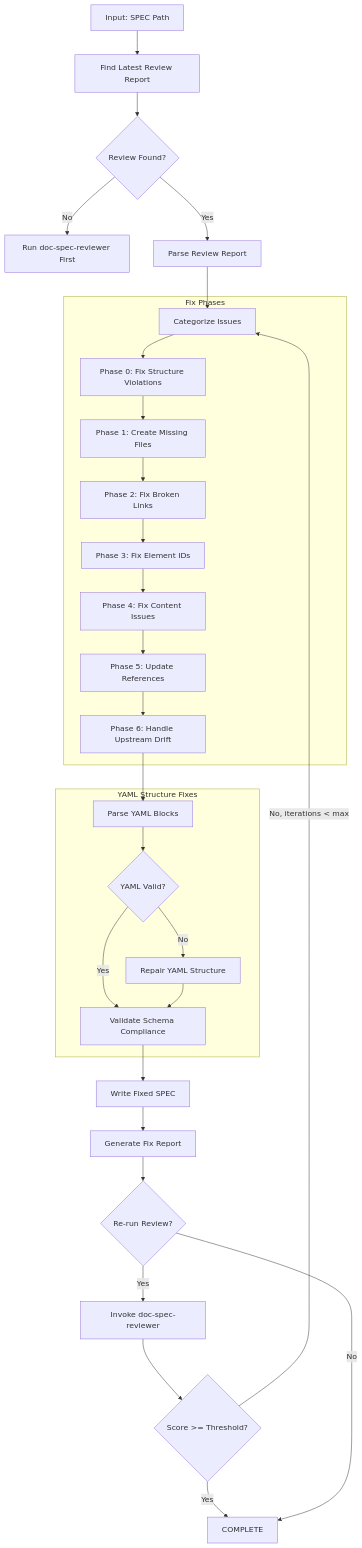
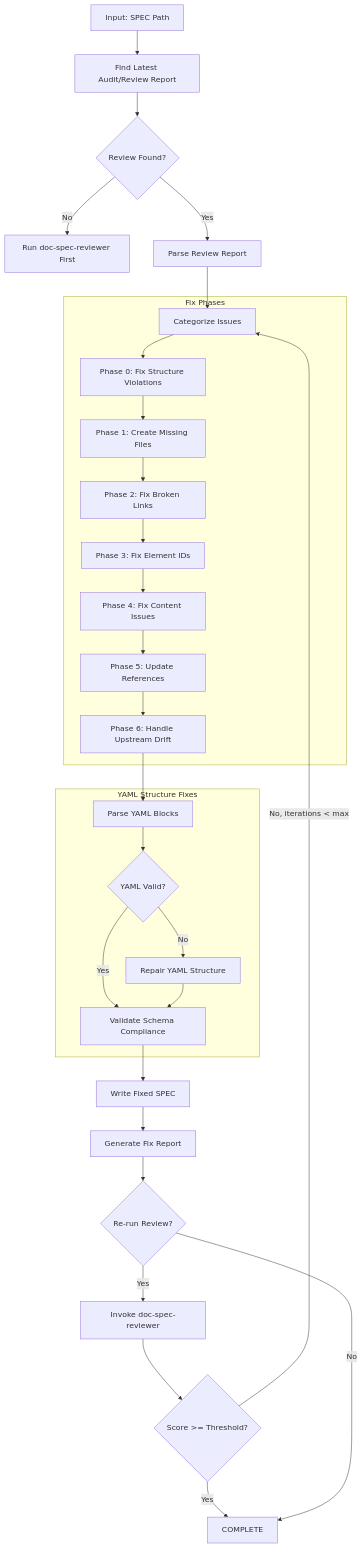
The first of 2 diagrams in .claude/skills/doc-spec-fixer/SKILL.md (vladm3105/aidoc-flow-framework), drawn with Mermaid before and after one commit. The commit also changed other lines of this file and 6 other files, not shown here.

Commit message:
feat(skills): implement IPLAN-016 SPEC parity and audit wrapper

````diff
--- a/.claude/skills/doc-spec-fixer/SKILL.md
+++ b/.claude/skills/doc-spec-fixer/SKILL.md
@@ -68,36 +71,36 @@
 ```mermaid
 flowchart TD
-    A[Input: SPEC Path] --> B[Find Latest Review Report]
+    A[Input: SPEC Path] --> B[Find Latest Audit/Review Report]
     B --> C{Review Found?}
     C -->|No| D[Run doc-spec-reviewer First]
     C -->|Yes| E[Parse Review Report]
 
     E --> F[Categorize Issues]
 
     subgraph FixPhases["Fix Phases"]
         F --> F0[Phase 0: Fix Structure Violations]
         F0 --> G[Phase 1: Create Missing Files]
         G --> H[Phase 2: Fix Broken Links]
         H --> I[Phase 3: Fix Element IDs]
         I --> J[Phase 4: Fix Content Issues]
         J --> K[Phase 5: Update References]
         K --> K2[Phase 6: Handle Upstream Drift]
     end
 
     subgraph YAMLFix["YAML Structure Fixes"]
         K2 --> Y1[Parse YAML Blocks]
         Y1 --> Y2{YAML Valid?}
         Y2 -->|No| Y3[Repair YAML Structure]
         Y2 -->|Yes| Y4[Validate Schema Compliance]
         Y3 --> Y4
     end
 
     Y4 --> L[Write Fixed SPEC]
     L --> M[Generate Fix Report]
     M --> N{Re-run Review?}
     N -->|Yes| O[Invoke doc-spec-reviewer]
     O --> P{Score >= Threshold?}
     P -->|No, iterations < max| F
     P -->|Yes| Q[COMPLETE]
     N -->|No| Q
 ```
````
